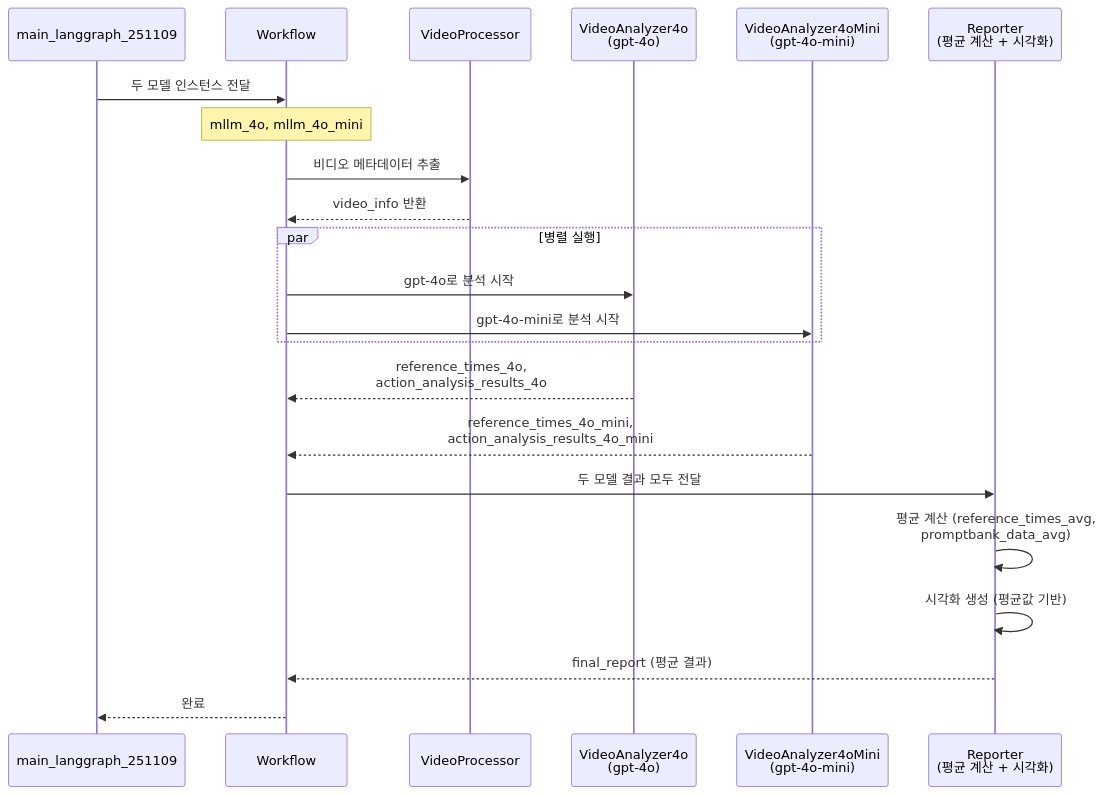
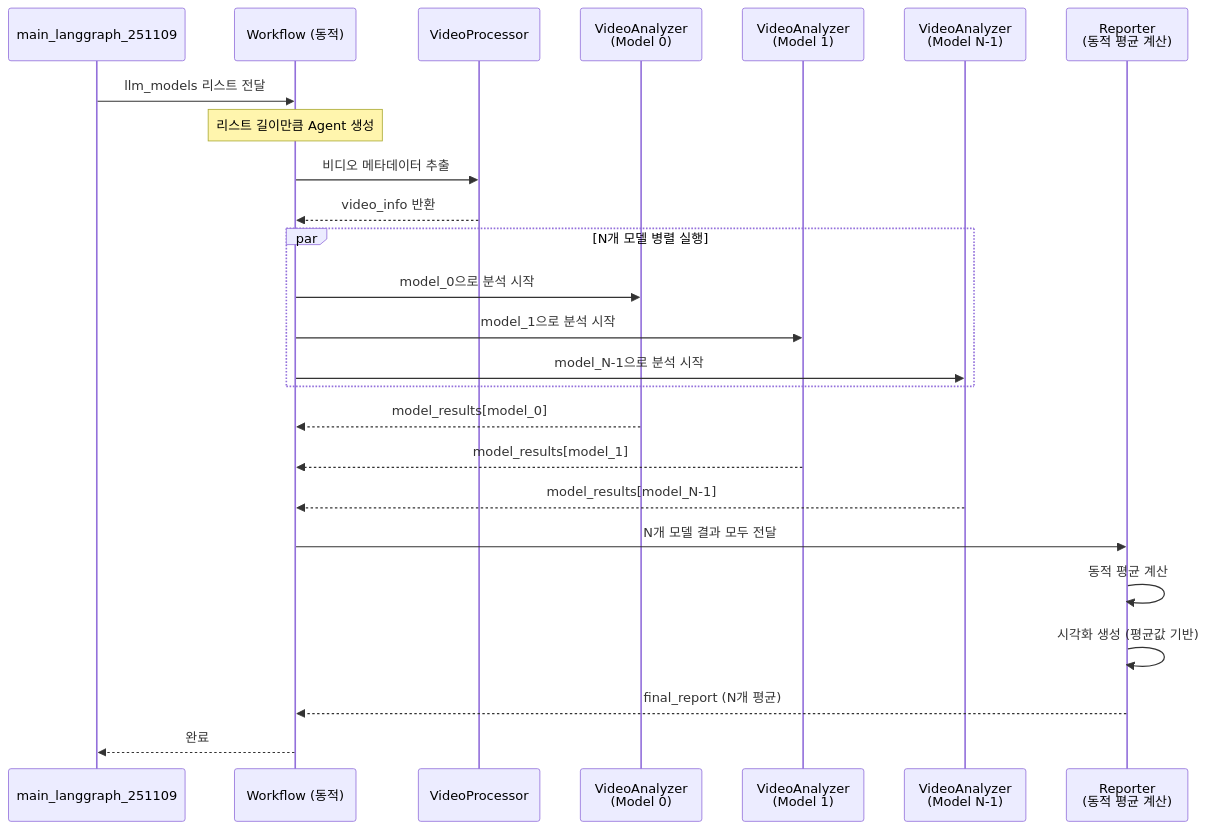
The diagram in app/MULTIMODEL_ARCHITECTURE.md (BrianTakion/AI_inhaler_Langgraph), drawn with Mermaid before and after one commit. The commit also changed other lines of this file and 12 other files, not shown here.

First line of the commit message:
docs: 동적 LLM 모델 리스트 기반 구조로 전체 문서 업데이트

````diff
--- a/app/MULTIMODEL_ARCHITECTURE.md
+++ b/app/MULTIMODEL_ARCHITECTURE.md
@@ -9,30 +28,33 @@
 ```mermaid
 sequenceDiagram
     participant Main as main_langgraph_251109
-    participant WF as Workflow
+    participant WF as Workflow (동적)
     participant VP as VideoProcessor
-    participant VA1 as VideoAnalyzer4o<br/>(gpt-4o)
-    participant VA2 as VideoAnalyzer4oMini<br/>(gpt-4o-mini)
-    participant RP as Reporter<br/>(평균 계산 + 시각화)
+    participant VA1 as VideoAnalyzer<br/>(Model 0)
+    participant VA2 as VideoAnalyzer<br/>(Model 1)
+    participant VAN as VideoAnalyzer<br/>(Model N-1)
+    participant RP as Reporter<br/>(동적 평균 계산)
 
-    Main->>WF: 두 모델 인스턴스 전달
-    Note over WF: mllm_4o, mllm_4o_mini
+    Main->>WF: llm_models 리스트 전달
+    Note over WF: 리스트 길이만큼 Agent 생성
 
     WF->>VP: 비디오 메타데이터 추출
     VP-->>WF: video_info 반환
 
-    par 병렬 실행
-        WF->>VA1: gpt-4o로 분석 시작
-        WF->>VA2: gpt-4o-mini로 분석 시작
+    par N개 모델 병렬 실행
+        WF->>VA1: model_0으로 분석 시작
+        WF->>VA2: model_1으로 분석 시작
+        WF->>VAN: model_N-1으로 분석 시작
     end
 
-    VA1-->>WF: reference_times_4o,<br/>action_analysis_results_4o
-    VA2-->>WF: reference_times_4o_mini,<br/>action_analysis_results_4o_mini
+    VA1-->>WF: model_results[model_0]
+    VA2-->>WF: model_results[model_1]
+    VAN-->>WF: model_results[model_N-1]
 
-    WF->>RP: 두 모델 결과 모두 전달
-    RP->>RP: 평균 계산 (reference_times_avg,<br/>promptbank_data_avg)
+    WF->>RP: N개 모델 결과 모두 전달
+    RP->>RP: 동적 평균 계산
     RP->>RP: 시각화 생성 (평균값 기반)
-    RP-->>WF: final_report (평균 결과)
+    RP-->>WF: final_report (N개 평균)
 
     WF-->>Main: 완료
 ```
````
